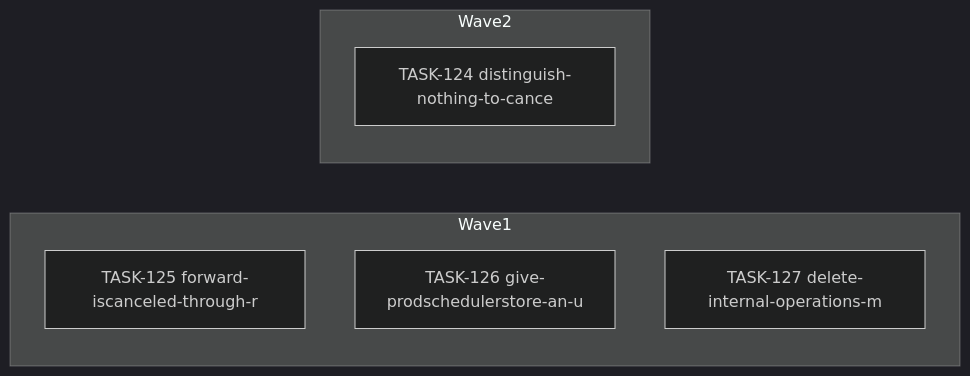
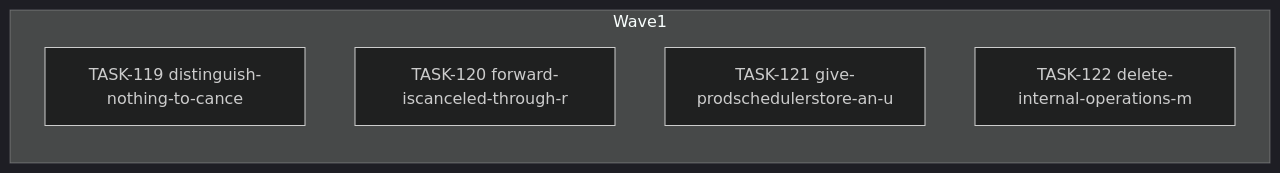
One commit to falkcorp/audiobook-organizer changed the diagram in docs/agent-tasks/todo-completion/operations/orchestration.md. Above: the diagram before and after it, drawn with Mermaid (dark theme). The commit also changed other lines of this file and 428 other files, not shown here.

````diff
--- a/docs/agent-tasks/todo-completion/operations/orchestration.md
+++ b/docs/agent-tasks/todo-completion/operations/orchestration.md
@@ -12,12 +12,10 @@
 ```mermaid
 flowchart LR
     subgraph Wave1
-      TASK125[TASK-125 forward-iscanceled-through-r]
-      TASK126[TASK-126 give-prodschedulerstore-an-u]
-      TASK127[TASK-127 delete-internal-operations-m]
-    end
-    subgraph Wave2
-      TASK124[TASK-124 distinguish-nothing-to-cance]
+      TASK119[TASK-119 distinguish-nothing-to-cance]
+      TASK120[TASK-120 forward-iscanceled-through-r]
+      TASK121[TASK-121 give-prodschedulerstore-an-u]
+      TASK122[TASK-122 delete-internal-operations-m]
     end
 
 ```
````
